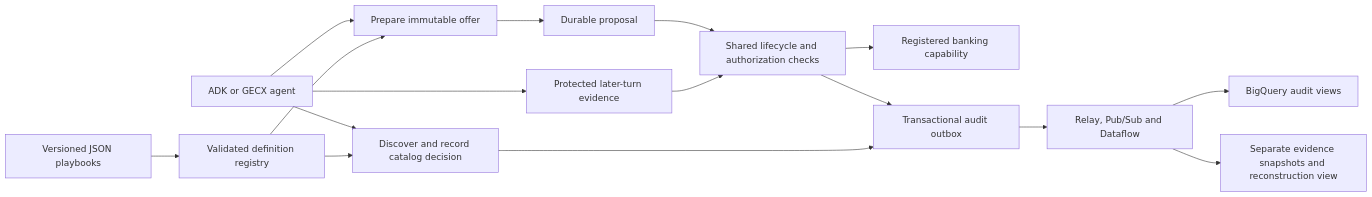
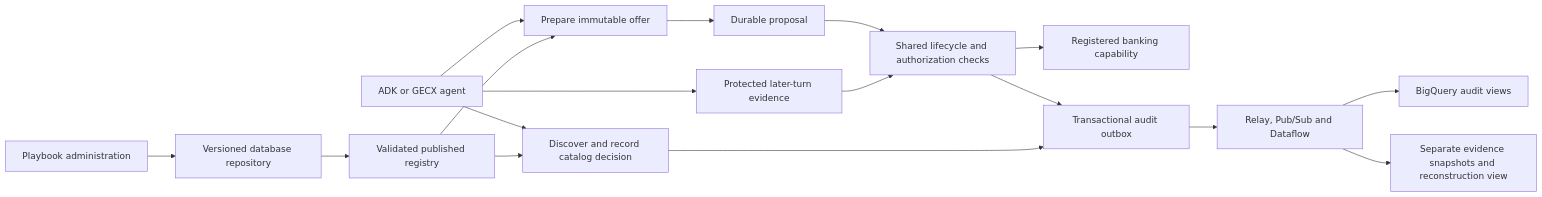
The diagram in docs/architecture/ai-and-voice/runtime_neutral_action_proposal_protocol.md (GoogleCloudPlatform/fsi-gecx-bundle), drawn with Mermaid before and after one commit. The commit also changed other lines of this file and 7 other files, not shown here.

Commit message:
feat: integrate published playbook discovery and governance checks

````diff
--- a/docs/architecture/ai-and-voice/runtime_neutral_action_proposal_protocol.md
+++ b/docs/architecture/ai-and-voice/runtime_neutral_action_proposal_protocol.md
@@ -9,18 +9,19 @@
 ```mermaid
 flowchart LR
     Agent[ADK or GECX agent] --> Discovery[Discover and record catalog decision]
-    Files[Versioned JSON playbooks] --> Registry[Validated definition registry]
+    Admin[Playbook administration] --> Repository[Versioned database repository]
+    Repository --> Registry[Validated published registry]
     Registry --> Discovery
     Agent --> Prepare[Prepare immutable offer]
     Registry --> Prepare
     Prepare --> Proposal[Durable proposal]
     Agent --> Evidence[Protected later-turn evidence]
     Proposal --> Lifecycle[Shared lifecycle and authorization checks]
     Evidence --> Lifecycle
     Lifecycle --> Capability[Registered banking capability]
     Lifecycle --> Outbox[Transactional audit outbox]
     Discovery --> Outbox
     Outbox --> Lakehouse[Relay, Pub/Sub and Dataflow]
     Lakehouse --> BigQuery[BigQuery audit views]
     Lakehouse --> Archive[Separate evidence snapshots and reconstruction view]
 ```
````
